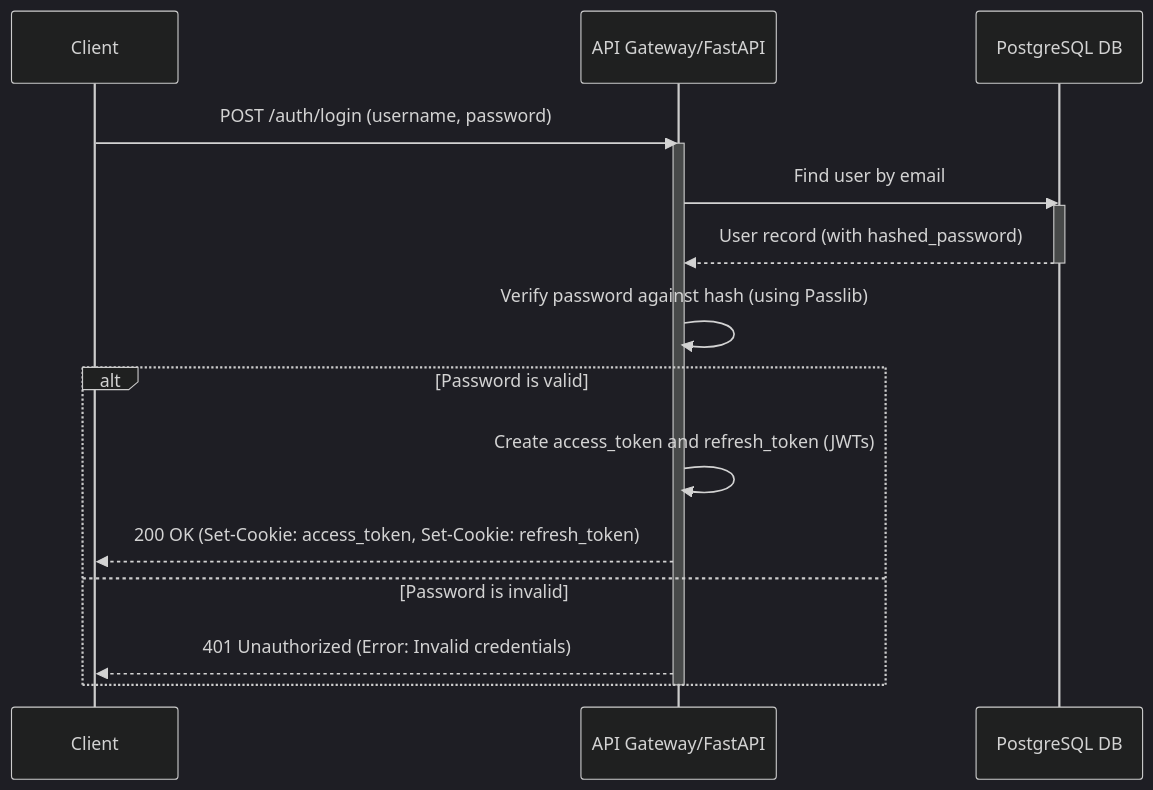
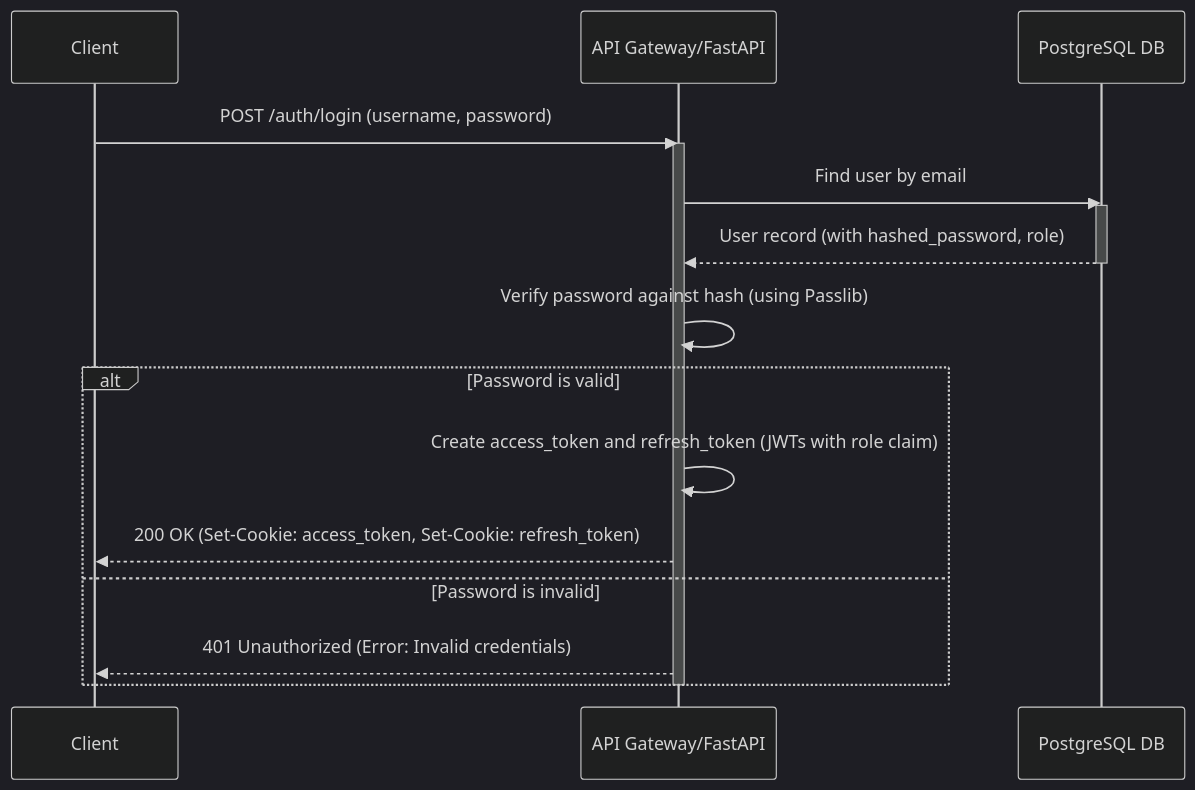
The diagram in docs/architecture/backend-architecture.md (HaiLammm/datn), drawn with Mermaid (dark theme) before and after one commit. The commit also changed other lines of this file and 4 other files, not shown here.

First line of the commit message:
docs: update architecture docs for RBAC and CV history features

````diff
--- a/docs/architecture/backend-architecture.md
+++ b/docs/architecture/backend-architecture.md
@@ -182,21 +182,21 @@
 ```mermaid
 sequenceDiagram
     participant Client
     participant API_Gateway as API Gateway/FastAPI
     participant DB as PostgreSQL DB
 
     Client->>API_Gateway: POST /auth/login (username, password)
     activate API_Gateway
     API_Gateway->>DB: Find user by email
     activate DB
-    DB-->>API_Gateway: User record (with hashed_password)
+    DB-->>API_Gateway: User record (with hashed_password, role)
     deactivate DB
     API_Gateway->>API_Gateway: Verify password against hash (using Passlib)
     alt Password is valid
-        API_Gateway->>API_Gateway: Create access_token and refresh_token (JWTs)
+        API_Gateway->>API_Gateway: Create access_token and refresh_token (JWTs with role claim)
         API_Gateway-->>Client: 200 OK (Set-Cookie: access_token, Set-Cookie: refresh_token)
     else Password is invalid
         API_Gateway-->>Client: 401 Unauthorized (Error: Invalid credentials)
     end
     deactivate API_Gateway
 ```
````
